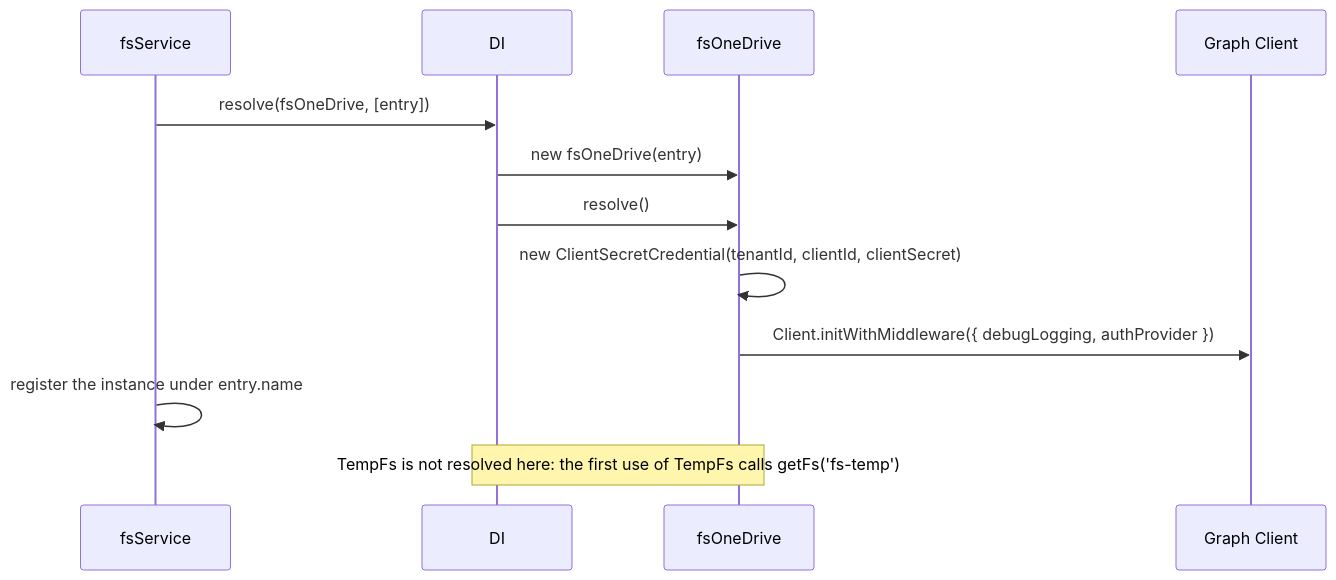
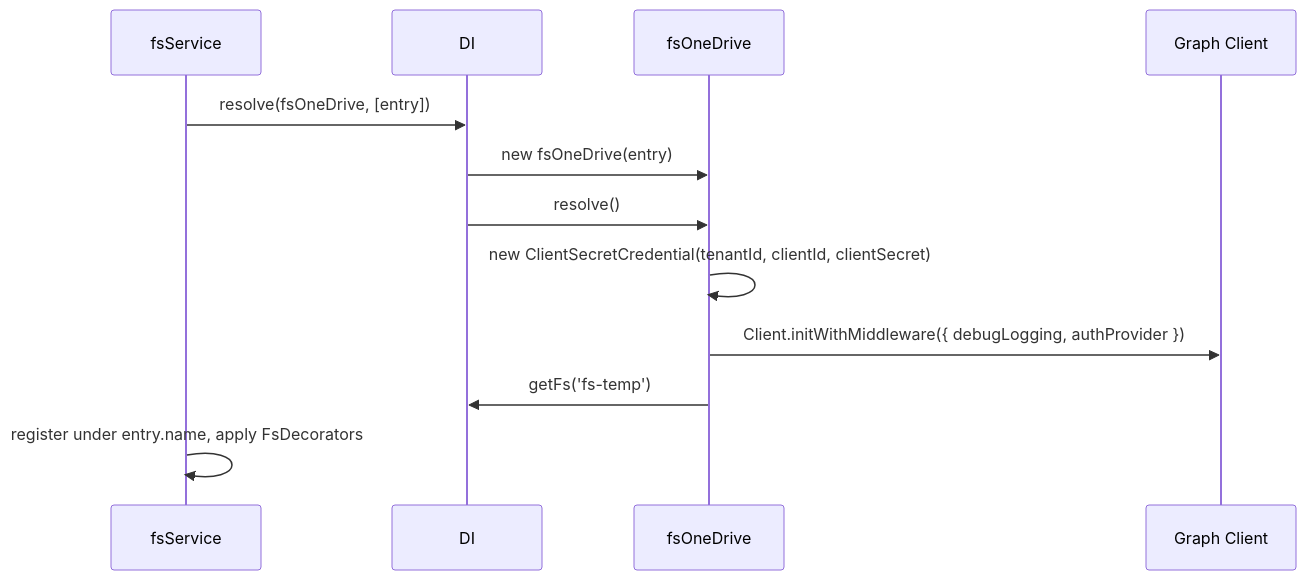
The diagram in docs/fs-onedrive/01-onedrive-provider.md (spinajs/main), drawn with Mermaid before and after one commit. The commit also changed other lines of this file and 306 other files, not shown here.

````diff
--- a/docs/fs-onedrive/01-onedrive-provider.md
+++ b/docs/fs-onedrive/01-onedrive-provider.md
@@ -26,14 +26,14 @@
 ```mermaid
 sequenceDiagram
   participant S as fsService
   participant DI
   participant O as fsOneDrive
   participant G as Graph Client
   S->>DI: resolve(fsOneDrive, [entry])
   DI->>O: new fsOneDrive(entry)
   DI->>O: resolve()
   O->>O: new ClientSecretCredential(tenantId, clientId, clientSecret)
   O->>G: Client.initWithMiddleware({ debugLogging, authProvider })
-  S->>S: register the instance under entry.name
-  Note over O,DI: TempFs is not resolved here: the first use of TempFs calls getFs('fs-temp')
+  O->>DI: getFs('fs-temp')
+  S->>S: register under entry.name, apply FsDecorators
 ```
````
